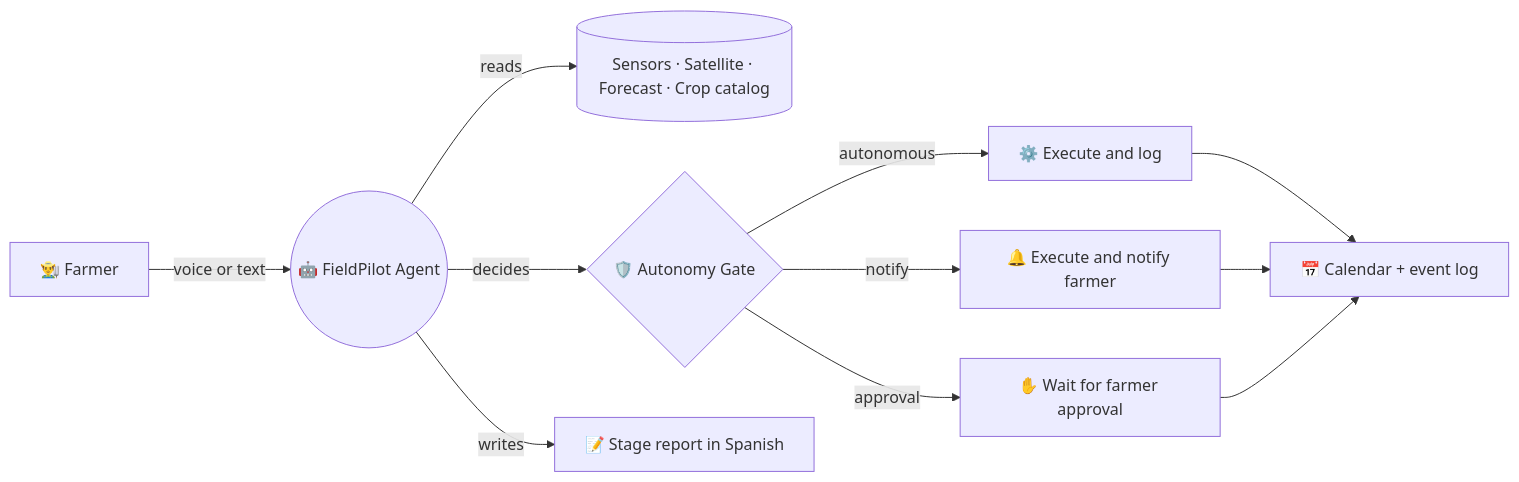
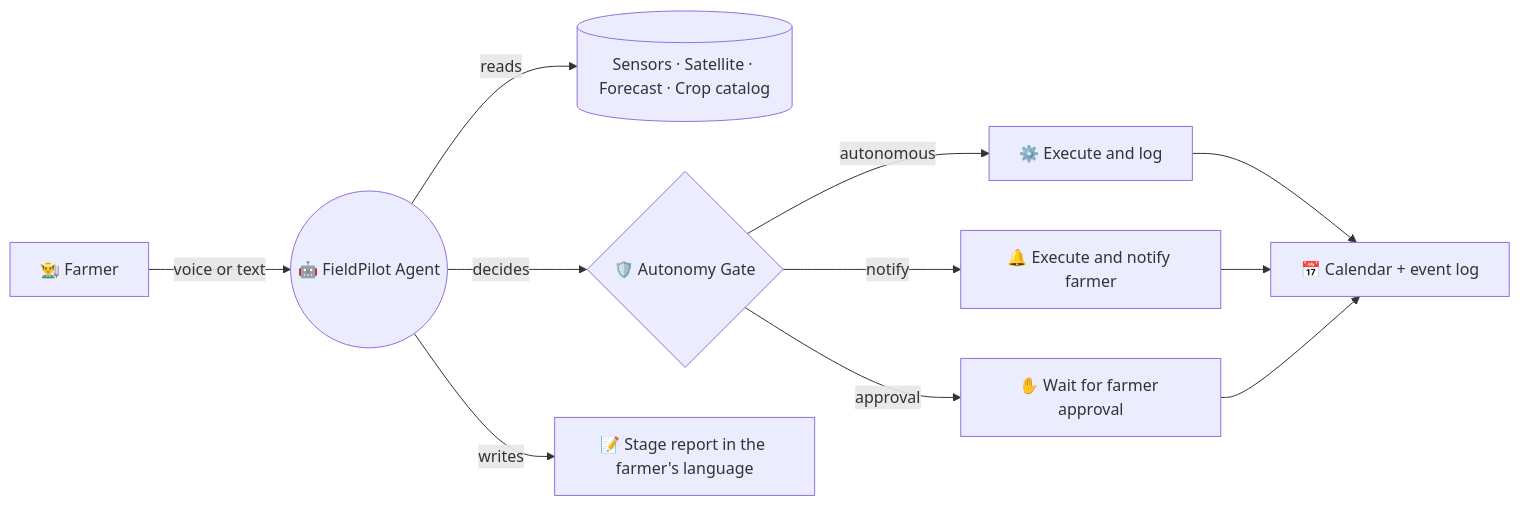
Before and after one commit to EdwinSteve/FieldPilot: the first of 6 diagrams in README.md, drawn with Mermaid. The commit also changed other lines of this file and 4 other files, not shown here.

First line of the commit message:
docs(language): English by default with Spanish kept, add D084

````diff
--- a/README.md
+++ b/README.md
@@ -15,11 +15,11 @@
 ```mermaid
 flowchart LR
     F[👨‍🌾 Farmer] -- "voice or text" --> A((🤖 FieldPilot Agent))
     A -- "reads" --> D[(Sensors · Satellite · Forecast · Crop catalog)]
     A -- "decides" --> S{🛡️ Autonomy Gate}
     S -- "autonomous" --> X[⚙️ Execute and log]
     S -- "notify" --> N[🔔 Execute and notify farmer]
     S -- "approval" --> Q[✋ Wait for farmer approval]
     X & N & Q --> C[📅 Calendar + event log]
-    A -- "writes" --> R[📝 Stage report in Spanish]
+    A -- "writes" --> R[📝 Stage report in the farmer's language]
 ```
````
